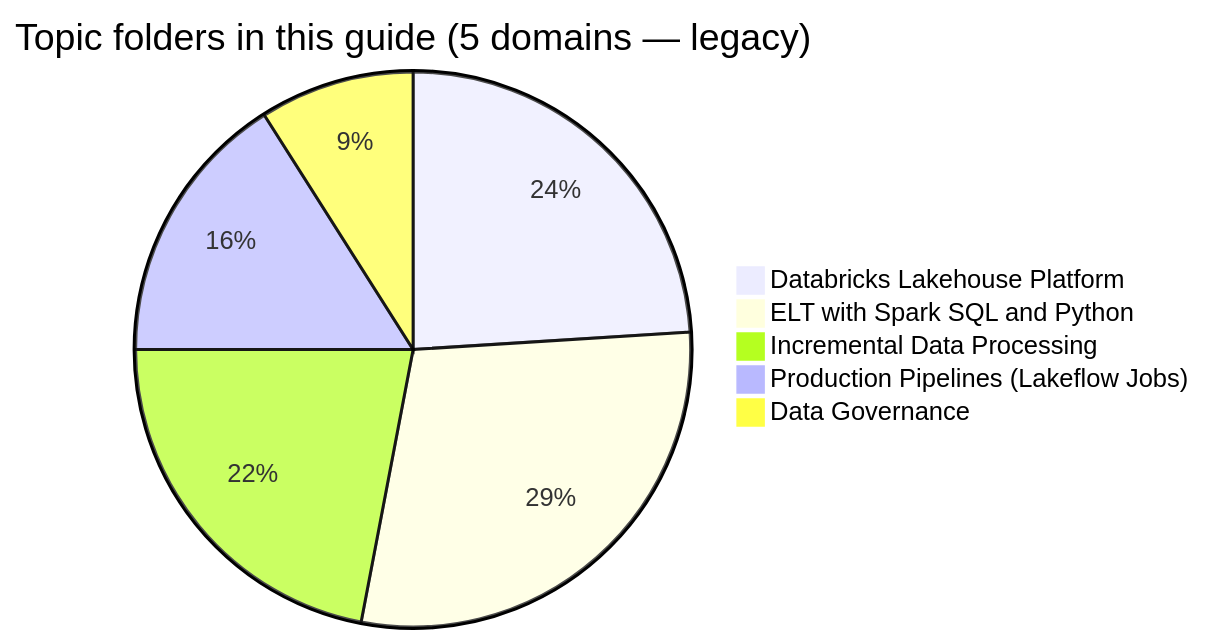
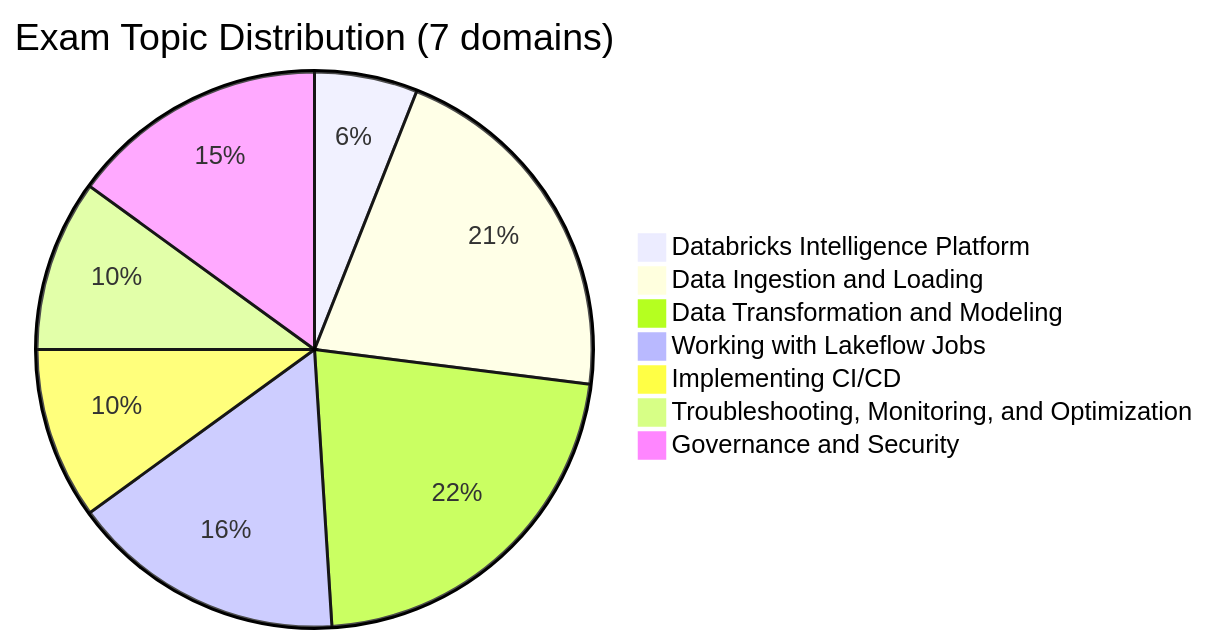
Before and after one commit to kengio/databricks-certification-study-guide: the diagram in certifications/data-engineer-associate/README.md, drawn with Mermaid. The commit also changed other lines of this file and 89 other files, not shown here.

First line of the commit message:
docs(de-assoc): restructure to the Aug 2026 guide's 7 weighted domains (#37)

````diff
--- a/certifications/data-engineer-associate/README.md
+++ b/certifications/data-engineer-associate/README.md
@@ -44,8 +56,10 @@
 ```mermaid
-pie title Topic folders in this guide (5 domains — legacy)
-    "Databricks Lakehouse Platform" : 24
-    "ELT with Spark SQL and Python" : 29
-    "Incremental Data Processing" : 22
-    "Production Pipelines (Lakeflow Jobs)" : 16
-    "Data Governance" : 9
+pie title Exam Topic Distribution (7 domains)
+    "Databricks Intelligence Platform" : 6
+    "Data Ingestion and Loading" : 21
+    "Data Transformation and Modeling" : 22
+    "Working with Lakeflow Jobs" : 16
+    "Implementing CI/CD" : 10
+    "Troubleshooting, Monitoring, and Optimization" : 10
+    "Governance and Security" : 15
 ```
````
